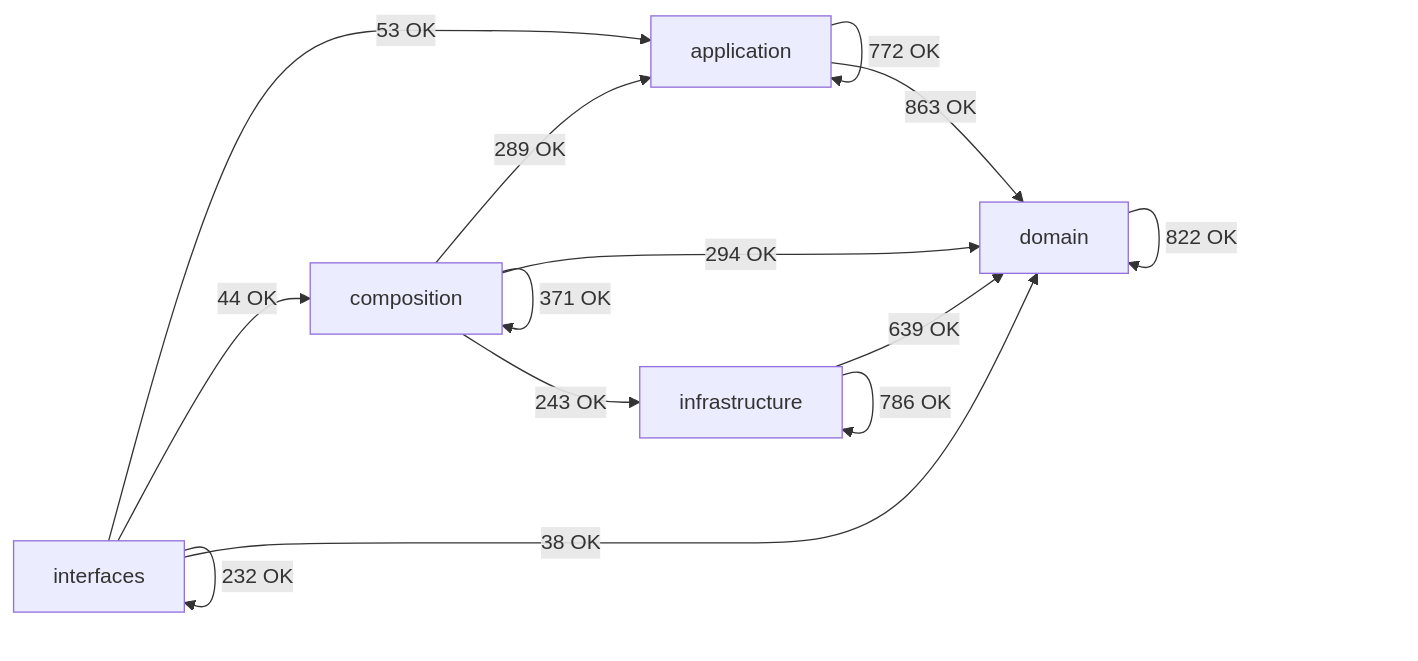
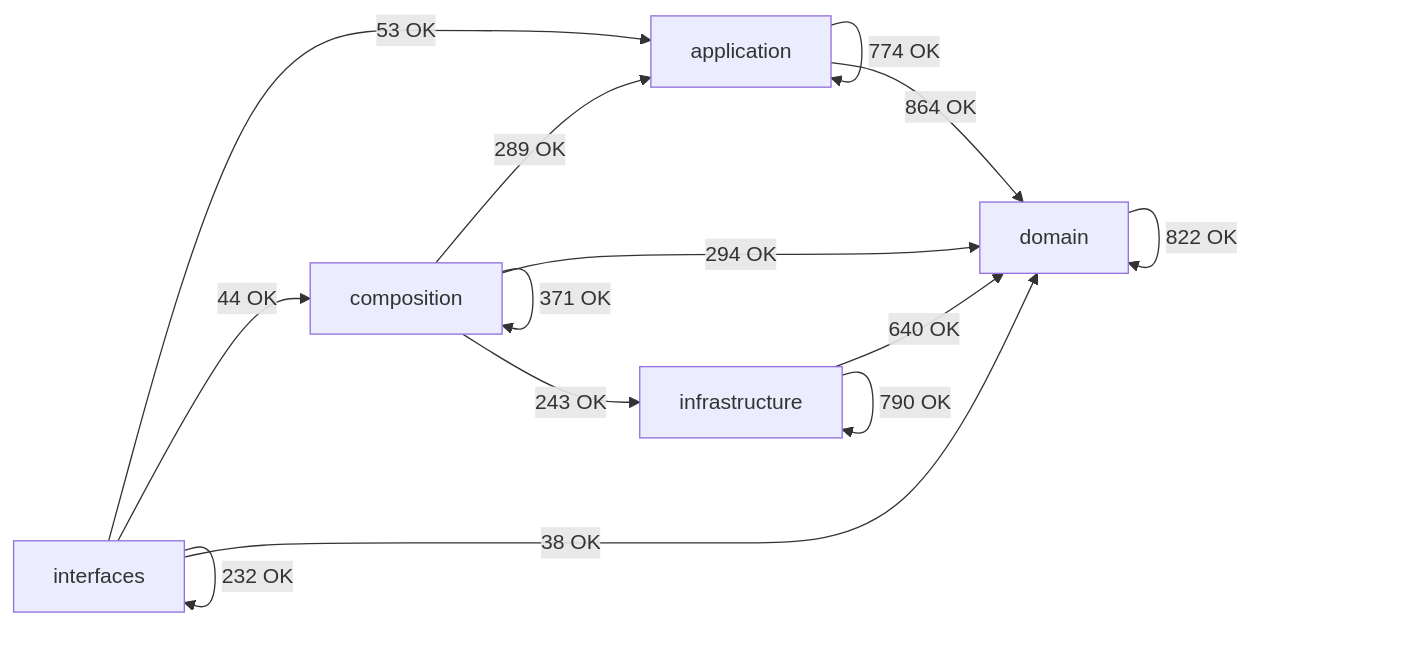
Before and after one commit to SatoryKono/BioactivityDataAcquisition: the diagram in docs/02-architecture/generated/module-dependency-map.md, drawn with Mermaid. The commit also changed other lines of this file and 141 other files, not shown here.

````diff
--- a/docs/02-architecture/generated/module-dependency-map.md
+++ b/docs/02-architecture/generated/module-dependency-map.md
@@ -17,21 +17,21 @@
 ```mermaid
 flowchart LR
     domain[domain]
     application[application]
     infrastructure[infrastructure]
     composition[composition]
     interfaces[interfaces]
-    application -->|772 OK| application
-    application -->|863 OK| domain
+    application -->|774 OK| application
+    application -->|864 OK| domain
     composition -->|289 OK| application
     composition -->|371 OK| composition
     composition -->|294 OK| domain
     composition -->|243 OK| infrastructure
     domain -->|822 OK| domain
-    infrastructure -->|639 OK| domain
-    infrastructure -->|786 OK| infrastructure
+    infrastructure -->|640 OK| domain
+    infrastructure -->|790 OK| infrastructure
     interfaces -->|53 OK| application
     interfaces -->|44 OK| composition
     interfaces -->|38 OK| domain
     interfaces -->|232 OK| interfaces
 ```
````
